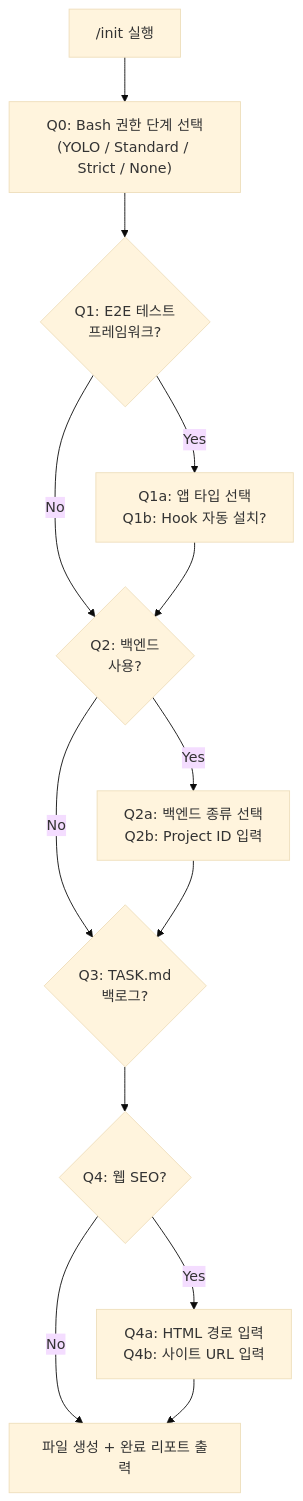
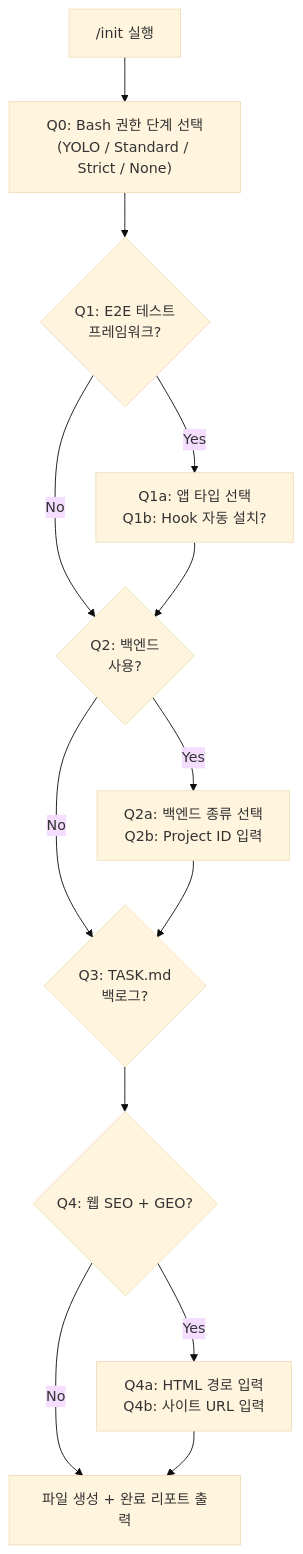
The second of 3 diagrams in README.md (seungjaeyuu/claude-project-bootstrap), drawn with Mermaid (base theme) before and after one commit. The commit also changed other lines of this file and 3 other files, not shown here.

First line of the commit message:
docs: update README + commands for SEO → SEO + GEO naming

````diff
--- a/README.md
+++ b/README.md
@@ -92,15 +92,15 @@
 ```mermaid
 flowchart TD
     INIT["/init 실행"] --> Q0["Q0: Bash 권한 단계 선택<br>(YOLO / Standard / Strict / None)"]
     Q0 --> Q1{"Q1: E2E 테스트<br>프레임워크?"}
     Q1 -->|Yes| Q1S["Q1a: 앱 타입 선택<br>Q1b: Hook 자동 설치?"]
     Q1 -->|No| Q2
     Q1S --> Q2{"Q2: 백엔드<br>사용?"}
     Q2 -->|Yes| Q2S["Q2a: 백엔드 종류 선택<br>Q2b: Project ID 입력"]
     Q2 -->|No| Q3
     Q2S --> Q3{"Q3: TASK.md<br>백로그?"}
-    Q3 --> Q4{"Q4: 웹 SEO?"}
+    Q3 --> Q4{"Q4: 웹 SEO + GEO?"}
     Q4 -->|Yes| Q4S["Q4a: HTML 경로 입력<br>Q4b: 사이트 URL 입력"]
     Q4 -->|No| GEN
     Q4S --> GEN["파일 생성 + 완료 리포트 출력"]
 ```
````
